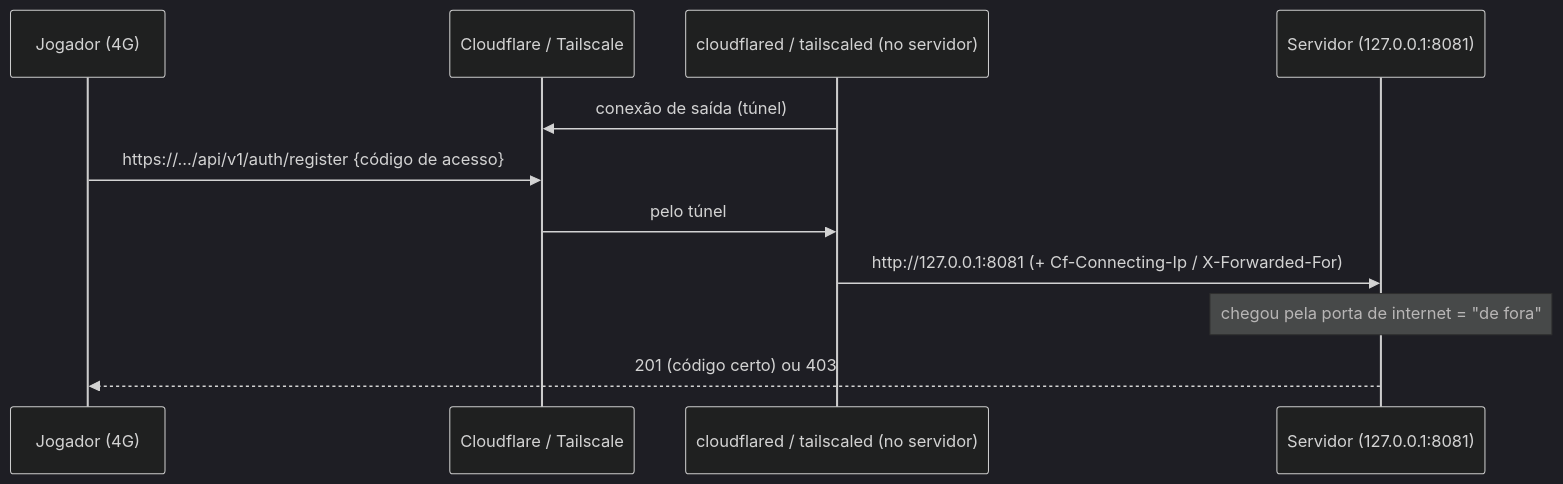
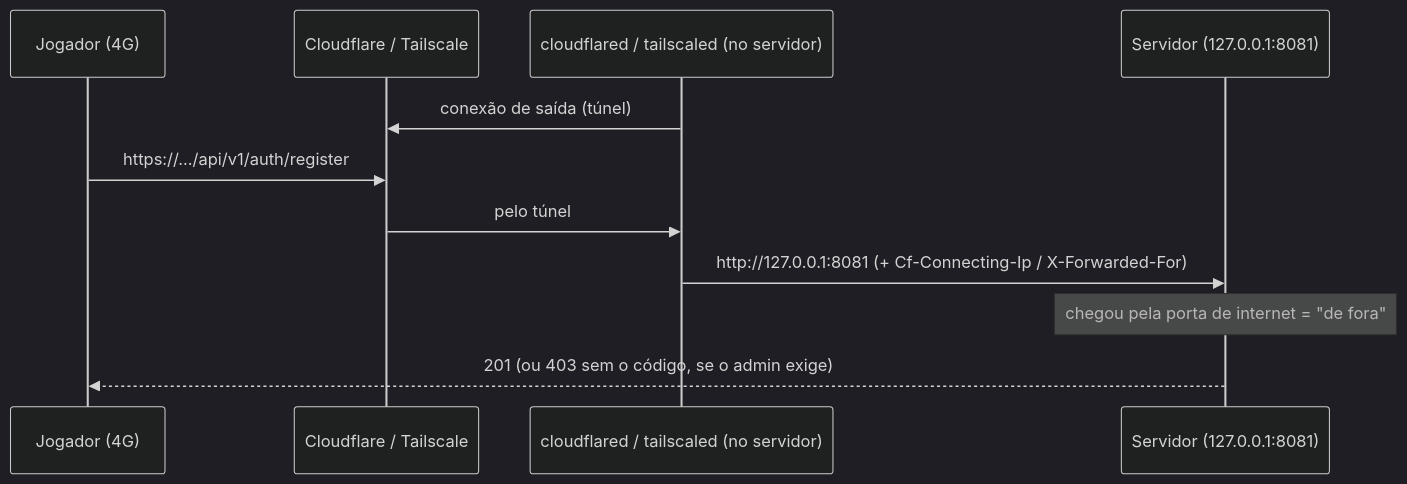
Before and after one commit to PedroASenna/Ficha-de-Personagem-de-RPG: the second of 2 diagrams in docs/REDE_LOCAL.md, drawn with Mermaid (dark theme). The commit also changed other lines of this file and 43 other files, not shown here.

````diff
--- a/docs/REDE_LOCAL.md
+++ b/docs/REDE_LOCAL.md
@@ -68,13 +68,13 @@
 ```mermaid
 sequenceDiagram
   participant J as Jogador (4G)
   participant T as Cloudflare / Tailscale
   participant C as cloudflared / tailscaled (no servidor)
   participant S as Servidor (127.0.0.1:8081)
   C->>T: conexão de saída (túnel)
-  J->>T: https://…/api/v1/auth/register {código de acesso}
+  J->>T: https://…/api/v1/auth/register
   T->>C: pelo túnel
   C->>S: http://127.0.0.1:8081 (+ Cf-Connecting-Ip / X-Forwarded-For)
   Note over S: chegou pela porta de internet = "de fora"
-  S-->>J: 201 (código certo) ou 403
+  S-->>J: 201 (ou 403 sem o código, se o admin exige)
 ```
````
